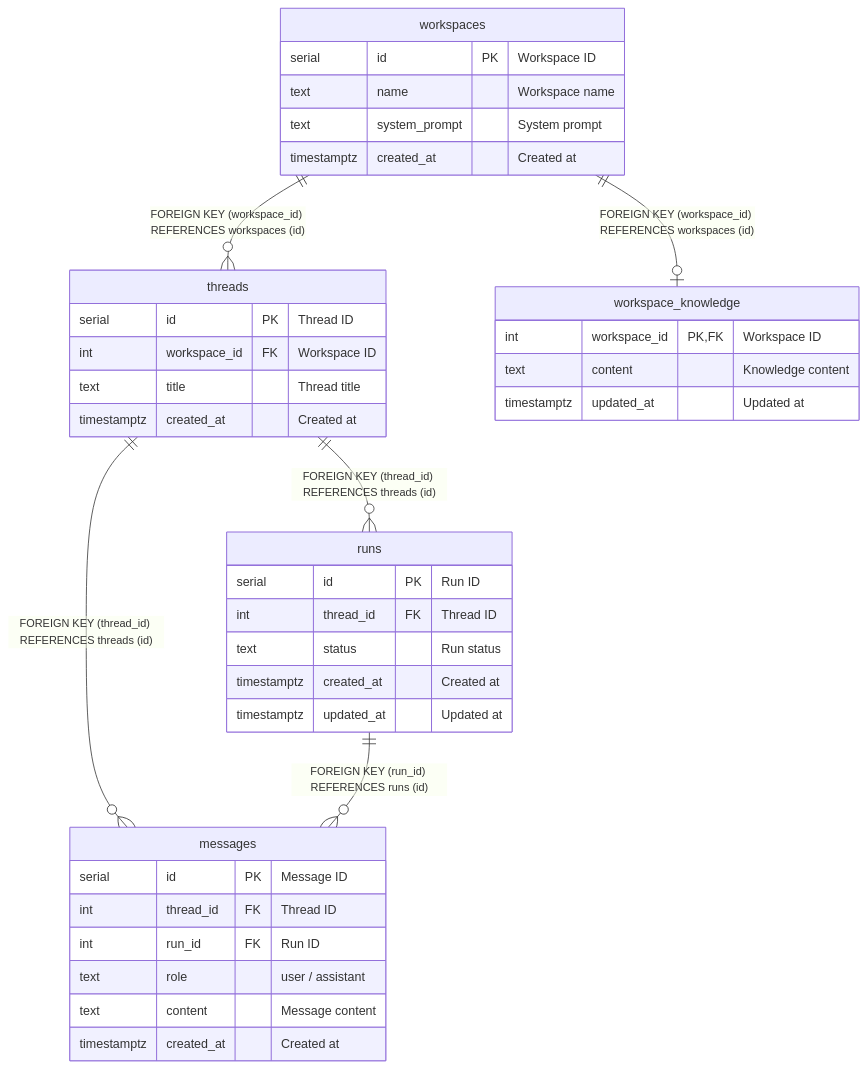
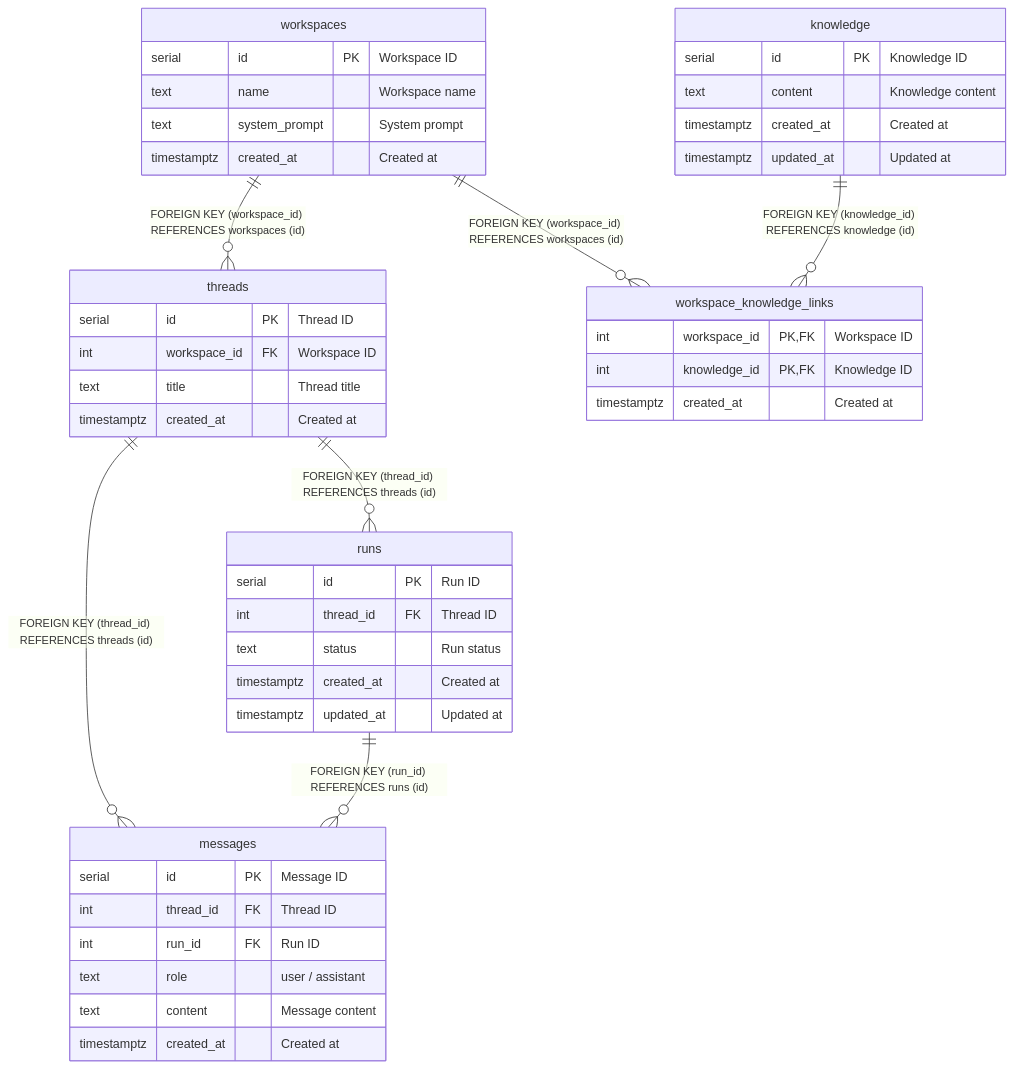
One commit to k-kanke/ai-workspace-platform changed the diagram in docs/schema/README.md. Above: the diagram before and after it, drawn with Mermaid. The commit also changed other lines of this file and 16 other files, not shown here.

Commit message:
refactor: add links workspace-knowledge

````diff
--- a/docs/schema/README.md
+++ b/docs/schema/README.md
@@ -21,42 +23,49 @@
 ```mermaid
 erDiagram
 
 "workspaces" ||--o{ "threads" : "FOREIGN KEY (workspace_id) REFERENCES workspaces (id)"
-"workspaces" ||--o| "workspace_knowledge" : "FOREIGN KEY (workspace_id) REFERENCES workspaces (id)"
+"workspaces" ||--o{ "workspace_knowledge_links" : "FOREIGN KEY (workspace_id) REFERENCES workspaces (id)"
+"knowledge" ||--o{ "workspace_knowledge_links" : "FOREIGN KEY (knowledge_id) REFERENCES knowledge (id)"
 "threads" ||--o{ "runs" : "FOREIGN KEY (thread_id) REFERENCES threads (id)"
 "threads" ||--o{ "messages" : "FOREIGN KEY (thread_id) REFERENCES threads (id)"
 "runs" ||--o{ "messages" : "FOREIGN KEY (run_id) REFERENCES runs (id)"
 
 "workspaces" {
   serial id PK "Workspace ID"
   text name "Workspace name"
   text system_prompt "System prompt"
   timestamptz created_at "Created at"
 }
-"workspace_knowledge" {
+"knowledge" {
+  serial id PK "Knowledge ID"
+  text content "Knowledge content"
+  timestamptz created_at "Created at"
+  timestamptz updated_at "Updated at"
+}
+"workspace_knowledge_links" {
   int workspace_id PK, FK "Workspace ID"
-  text content "Knowledge content"
-  timestamptz updated_at "Updated at"
+  int knowledge_id PK, FK "Knowledge ID"
+  timestamptz created_at "Created at"
 }
 "threads" {
   serial id PK "Thread ID"
   int workspace_id FK "Workspace ID"
   text title "Thread title"
   timestamptz created_at "Created at"
 }
 "runs" {
   serial id PK "Run ID"
   int thread_id FK "Thread ID"
   text status "Run status"
   timestamptz created_at "Created at"
   timestamptz updated_at "Updated at"
 }
 "messages" {
   serial id PK "Message ID"
   int thread_id FK "Thread ID"
   int run_id FK "Run ID"
   text role "user / assistant"
   text content "Message content"
   timestamptz created_at "Created at"
 }
 ```
````
